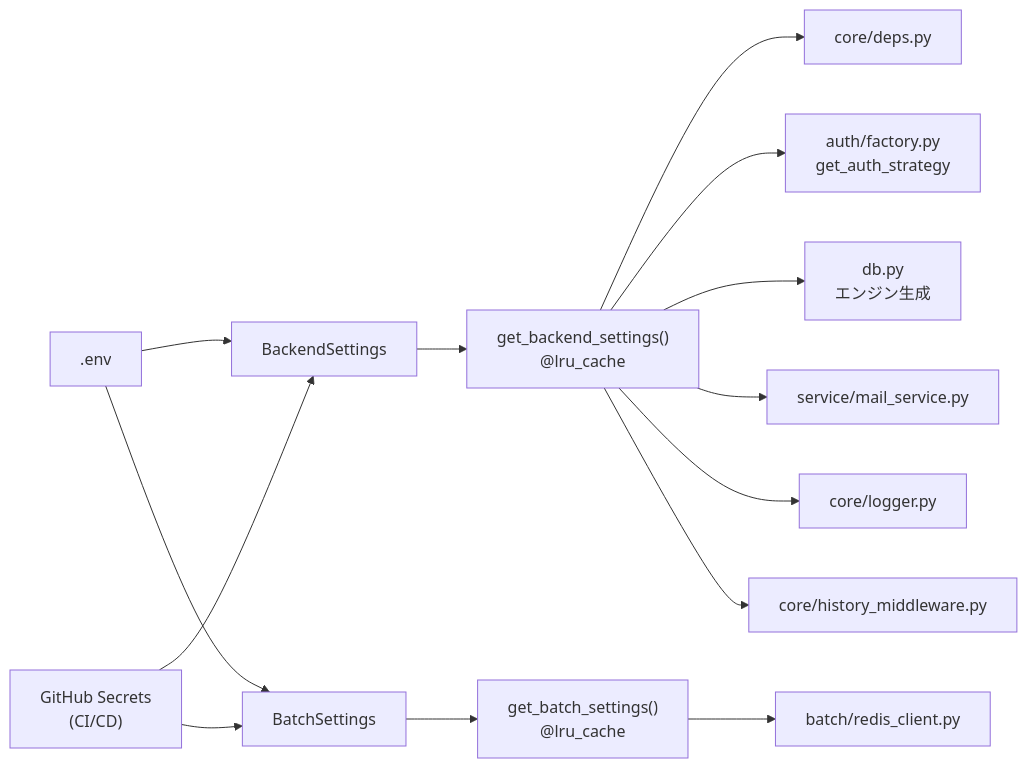
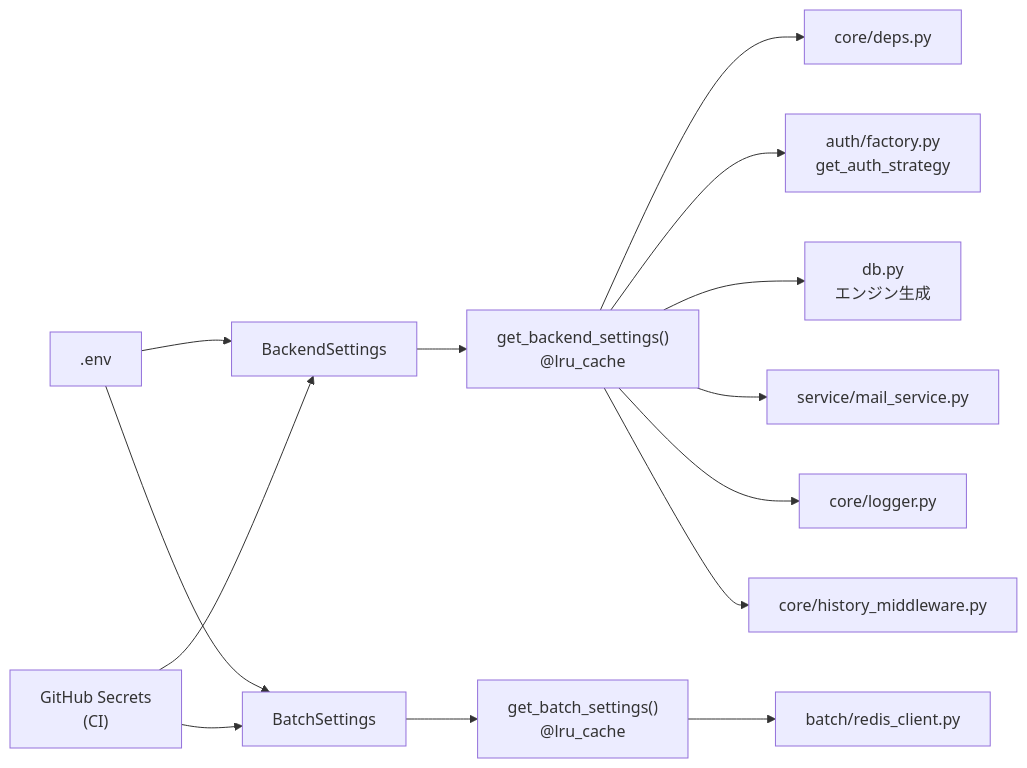
One commit to oikawa-d/task_management changed the third of 3 diagrams in docs/detailed_design/infra/04_env_config.md. Above: the diagram before and after it, drawn with Mermaid. The commit also changed other lines of this file and 31 other files, not shown here.

````diff
--- a/docs/detailed_design/infra/04_env_config.md
+++ b/docs/detailed_design/infra/04_env_config.md
@@ -294,16 +288,16 @@
 ```mermaid
 flowchart LR
     ENVFILE[".env"] --> BACKEND["BackendSettings"]
     ENVFILE --> BATCH["BatchSettings"]
-    SECRETS["GitHub Secrets<br/>(CI/CD)"] --> BACKEND
+    SECRETS["GitHub Secrets<br/>(CI)"] --> BACKEND
     SECRETS --> BATCH
     BACKEND --> GETBACKEND["get_backend_settings()<br/>@lru_cache"]
     BATCH --> GETBATCH["get_batch_settings()<br/>@lru_cache"]
     GETBACKEND --> DEPS["core/deps.py"]
     GETBACKEND --> FACTORY["auth/factory.py<br/>get_auth_strategy"]
     GETBACKEND --> DB["db.py<br/>エンジン生成"]
     GETBATCH --> REDISCLIENT["batch/redis_client.py"]
     GETBACKEND --> MAILSVC["service/mail_service.py"]
     GETBACKEND --> LOGGER["core/logger.py"]
     GETBACKEND --> HISTORY["core/history_middleware.py"]
 ```
````
